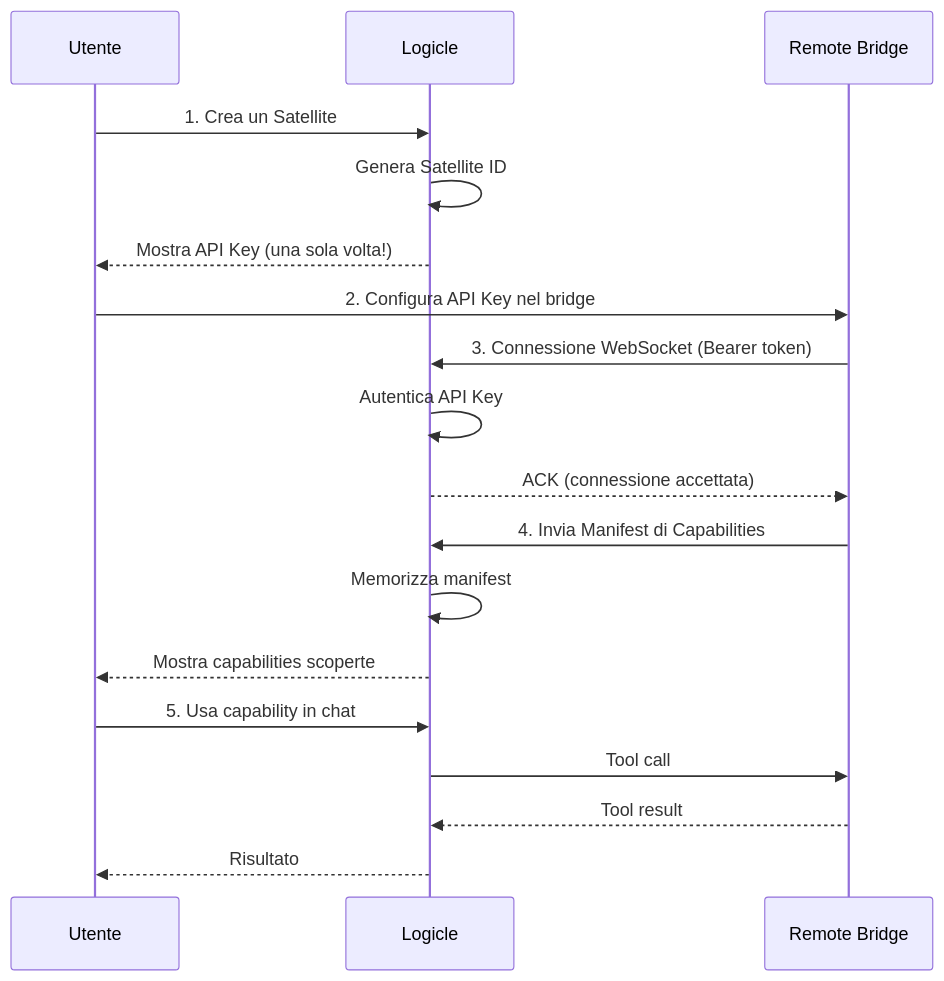
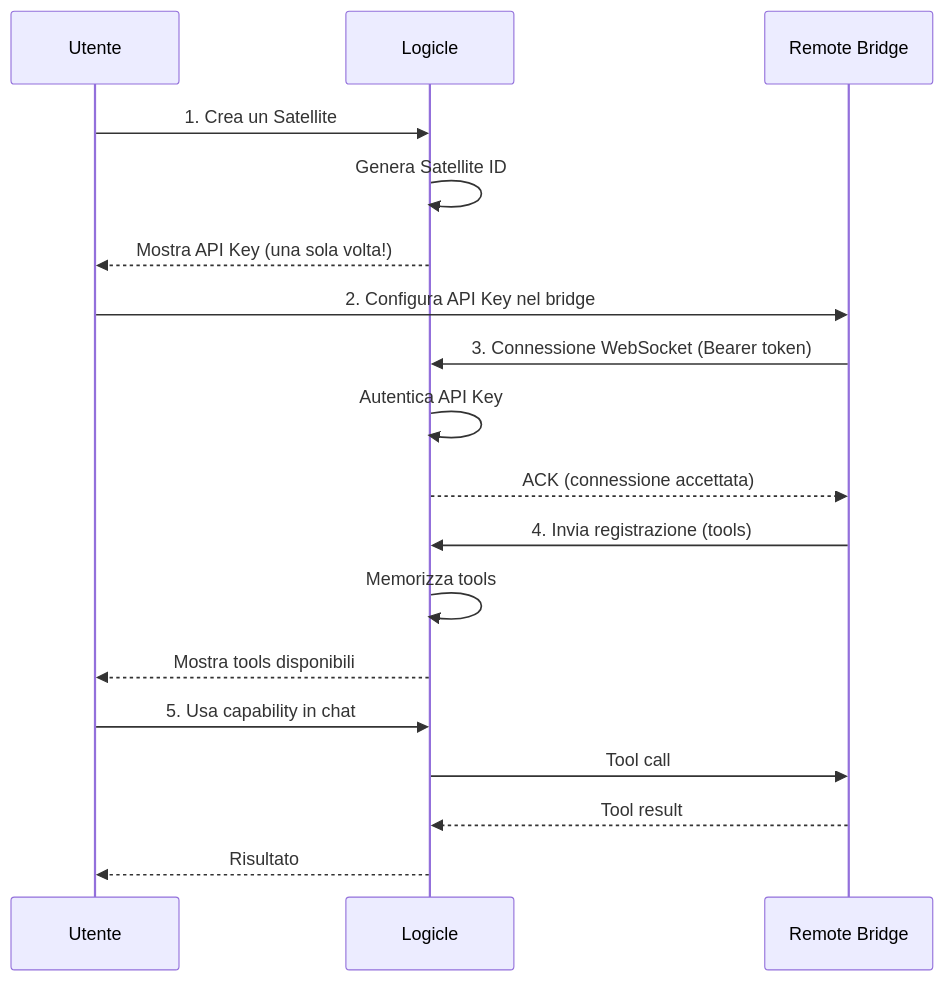
The first of 6 diagrams in SATELLITE_SETUP.md (logicleai/logicle), drawn with Mermaid before and after one commit. The commit also changed other lines of this file and 3 other files, not shown here.

````diff
--- a/SATELLITE_SETUP.md
+++ b/SATELLITE_SETUP.md
@@ -9,25 +9,25 @@
 ```mermaid
 sequenceDiagram
     participant User as Utente
     participant Logicle
     participant Bridge as Remote Bridge
     
     User->>Logicle: 1. Crea un Satellite
     Logicle->>Logicle: Genera Satellite ID
     Logicle-->>User: Mostra API Key (una sola volta!)
     
     User->>Bridge: 2. Configura API Key nel bridge
     
     Bridge->>Logicle: 3. Connessione WebSocket (Bearer token)
     Logicle->>Logicle: Autentica API Key
     Logicle-->>Bridge: ACK (connessione accettata)
     
-    Bridge->>Logicle: 4. Invia Manifest di Capabilities
-    Logicle->>Logicle: Memorizza manifest
-    Logicle-->>User: Mostra capabilities scoperte
+    Bridge->>Logicle: 4. Invia registrazione (tools)
+    Logicle->>Logicle: Memorizza tools
+    Logicle-->>User: Mostra tools disponibili
     
     User->>Logicle: 5. Usa capability in chat
     Logicle->>Bridge: Tool call
     Bridge-->>Logicle: Tool result
     Logicle-->>User: Risultato
 ```
````
